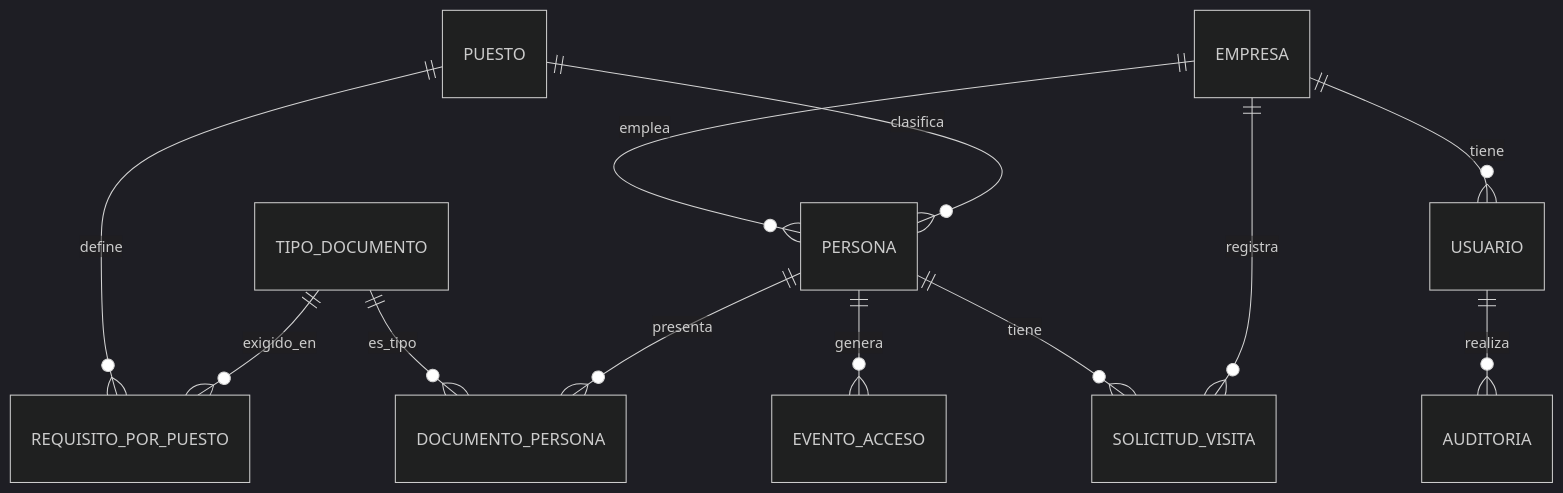
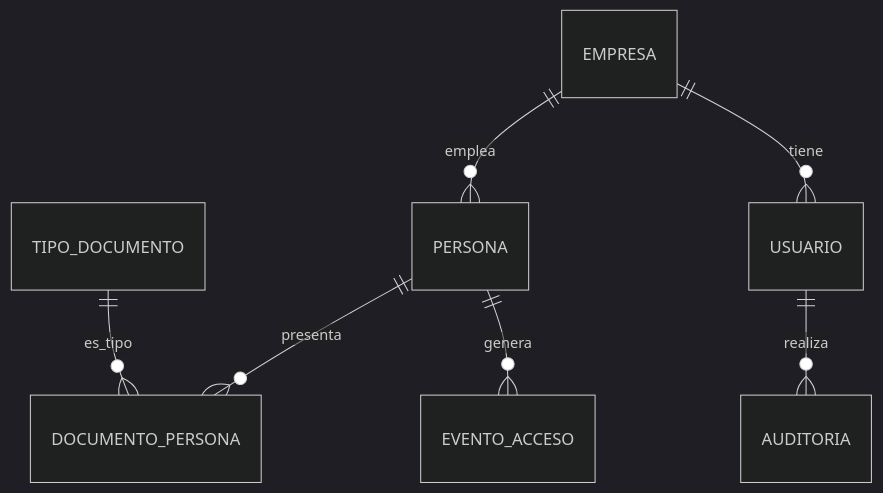
The diagram in Especificacion_Desarrollo_Control_Acceso_Mollendo_base.md (AlexanderDevelopment69/control-acceso-monte-azul-mollendo), drawn with Mermaid (dark theme) before and after one commit. The commit also changed other lines of this file and 156 other files, not shown here.

````diff
--- a/Especificacion_Desarrollo_Control_Acceso_Mollendo_base.md
+++ b/Especificacion_Desarrollo_Control_Acceso_Mollendo_base.md
@@ -179,14 +174,9 @@
 ```mermaid
 erDiagram
   EMPRESA ||--o{ PERSONA : emplea
-  PUESTO ||--o{ PERSONA : clasifica
-  PUESTO ||--o{ REQUISITO_POR_PUESTO : define
-  TIPO_DOCUMENTO ||--o{ REQUISITO_POR_PUESTO : exigido_en
   TIPO_DOCUMENTO ||--o{ DOCUMENTO_PERSONA : es_tipo
   PERSONA ||--o{ DOCUMENTO_PERSONA : presenta
-  PERSONA ||--o{ SOLICITUD_VISITA : tiene
   PERSONA ||--o{ EVENTO_ACCESO : genera
   EMPRESA ||--o{ USUARIO : tiene
-  EMPRESA ||--o{ SOLICITUD_VISITA : registra
   USUARIO ||--o{ AUDITORIA : realiza
 ```
````
